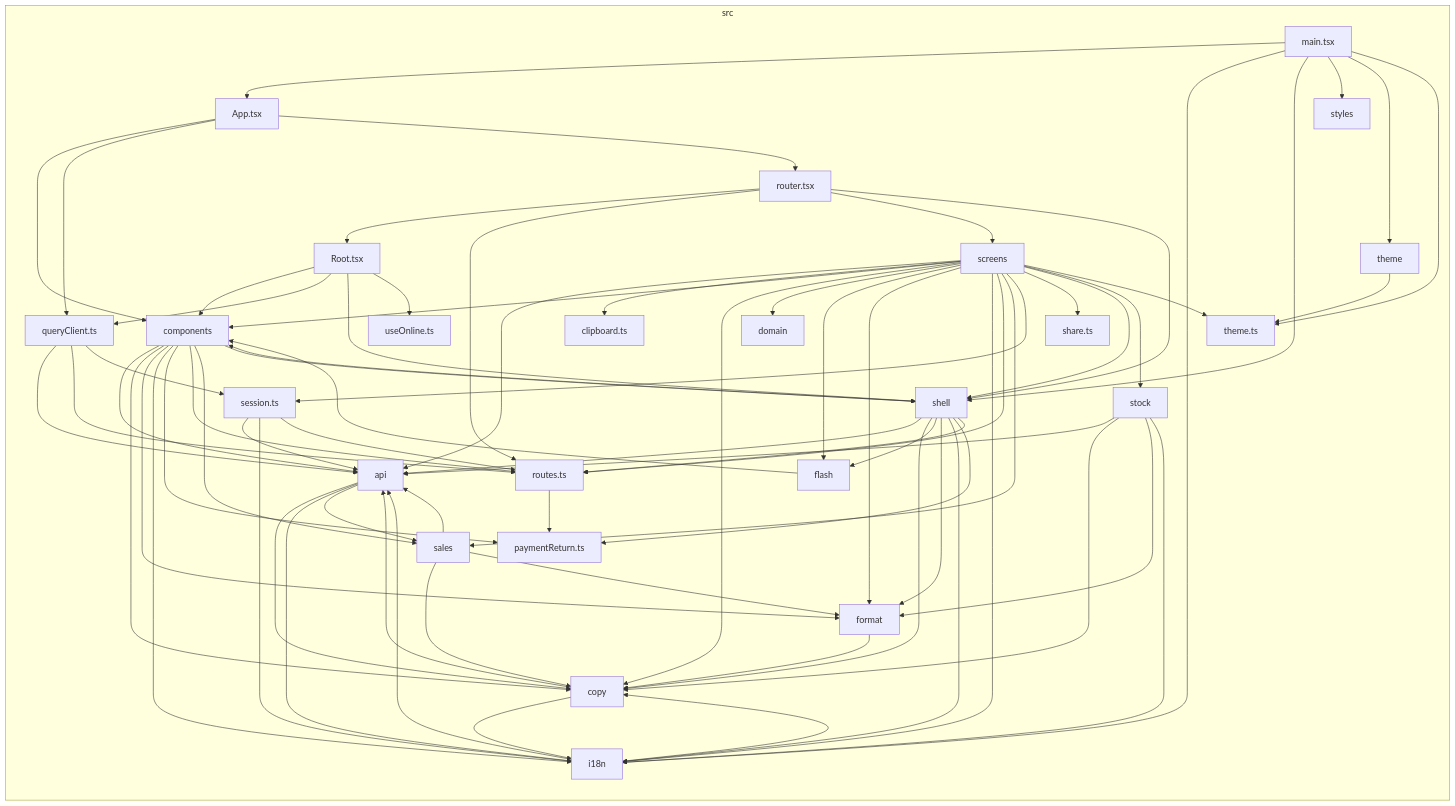
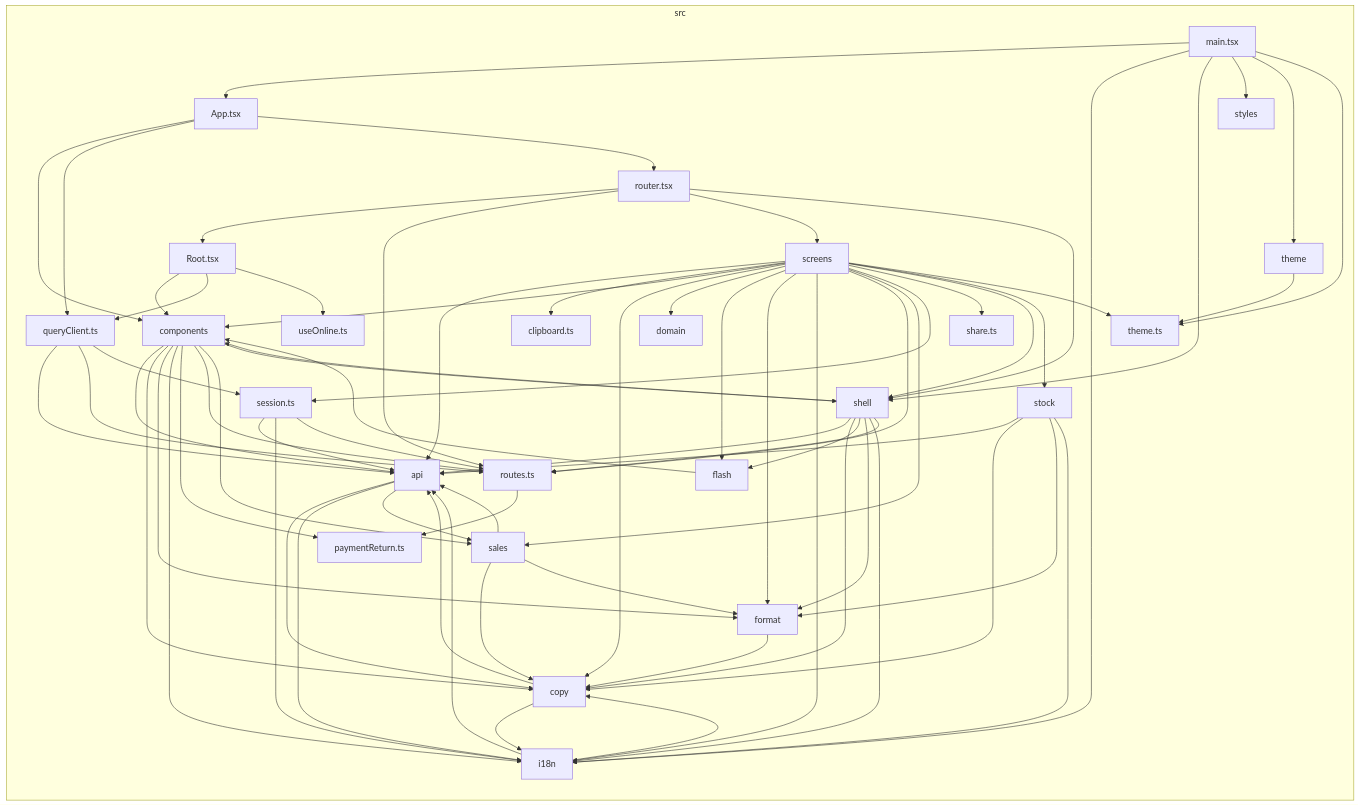
The diagram in docs/architecture/generated/front-modules/overview.md (GonzaloZevallos/apostrophe), drawn with Mermaid before and after one commit. The commit also changed 1 other file, not shown here.

Commit message:
Regenerate the front module graphs without the reverted scroll modules

```diff
--- a/docs/architecture/generated/front-modules/overview.md
+++ b/docs/architecture/generated/front-modules/overview.md
@@ -38,7 +38,6 @@
 src_App_tsx-->src_router_tsx
 src_Root_tsx-->src_components
 src_Root_tsx-->src_queryClient_ts
-src_Root_tsx-->src_shell
 src_Root_tsx-->src_useOnline_ts
 src_api-->src_copy
 src_api-->src_i18n
@@ -98,7 +97,6 @@
 src_shell-->src_flash
 src_shell-->src_format
 src_shell-->src_i18n
-src_shell-->src_paymentReturn_ts
 src_shell-->src_routes_ts
 src_stock-->src_api
 src_stock-->src_copy
```
